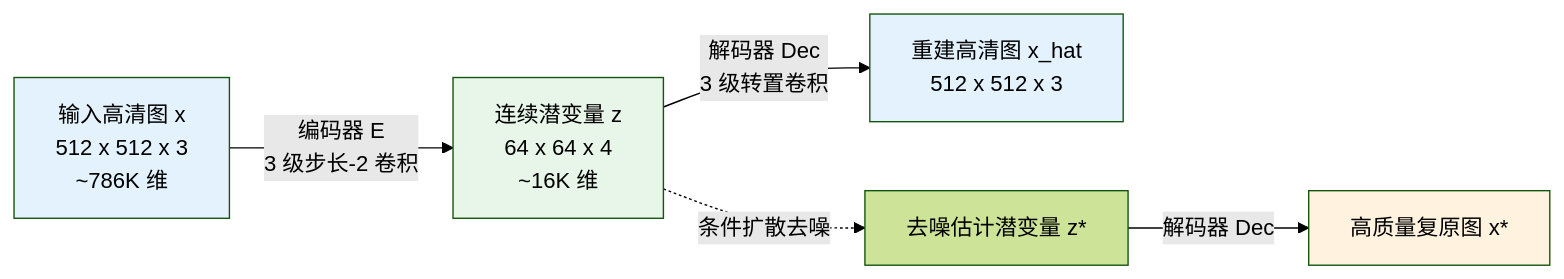
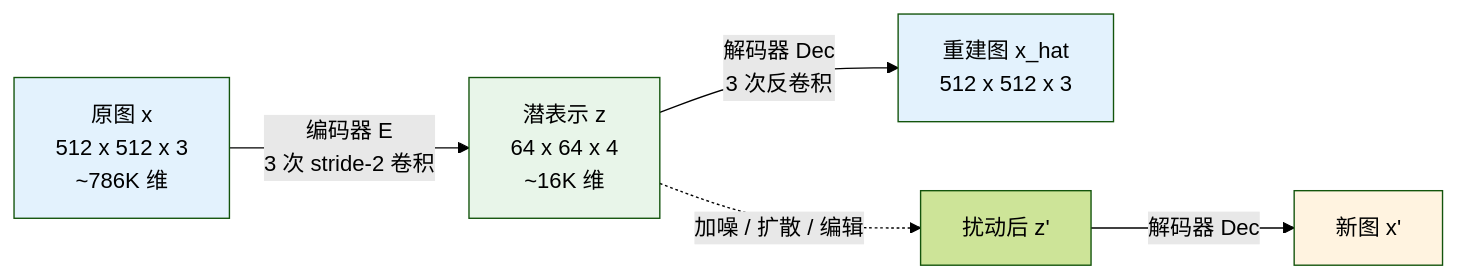
One commit to yingwang/image-enhancement-guide changed the second of 2 diagrams in chapters/02-representation.md. Above: the diagram before and after it, drawn with Mermaid (forest theme). The commit also changed other lines of this file and 18 other files, not shown here.

````diff
--- a/chapters/02-representation.md
+++ b/chapters/02-representation.md
@@ -223,12 +252,12 @@
 ```mermaid
 graph LR
-    X["输入高清图 x<br/>512 x 512 x 3<br/>~786K 维"] -->|编码器 E<br/>3 级步长-2 卷积| Z["连续潜变量 z<br/>64 x 64 x 4<br/>~16K 维"]
-    Z -->|解码器 Dec<br/>3 级转置卷积| Xhat["重建高清图 x_hat<br/>512 x 512 x 3"]
-    Z -.->|条件扩散去噪| ZPrime["去噪估计潜变量 z*"]
-    ZPrime -->|解码器 Dec| Xprime["高质量复原图 x*"]
+    X[原图 x<br/>512 x 512 x 3<br/>~786K 维] -->|编码器 E<br/>3 次 stride-2 卷积| Z[潜表示 z<br/>64 x 64 x 4<br/>~16K 维]
+    Z -->|解码器 Dec<br/>3 次反卷积| Xhat[重建图 x_hat<br/>512 x 512 x 3]
+    Z -.->|加噪 / 扩散 / 编辑| ZPrime[扰动后 z']
+    ZPrime -->|解码器 Dec| Xprime[新图 x']
 
     style X fill:#e3f2fd
     style Z fill:#e8f5e9
     style Xhat fill:#e3f2fd
     style Xprime fill:#fff3e0
 ```
````
